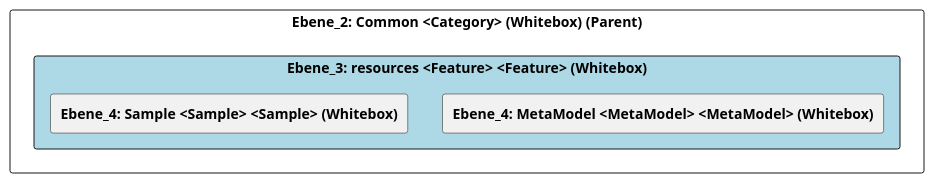
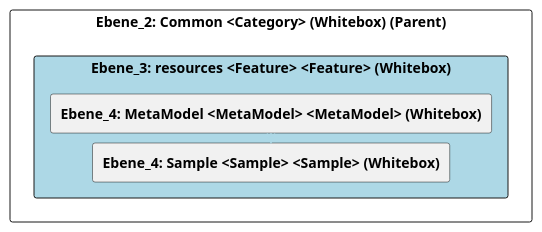
Before and after one commit to marcozwyssig/cleon: the diagram in doc/cleonproject_deliverables_architecture_model_architecture/adoc/de/05_bausteinsicht/cleon/common/resources/ebene_3_resources.adoc, drawn with PlantUML. The commit also changed other lines of this file and 214 other files, not shown here.

```diff
--- a/doc/cleonproject_deliverables_architecture_model_architecture/adoc/de/05_bausteinsicht/cleon/common/resources/ebene_3_resources.adoc
+++ b/doc/cleonproject_deliverables_architecture_model_architecture/adoc/de/05_bausteinsicht/cleon/common/resources/ebene_3_resources.adoc
@@ -20,25 +20,28 @@
 [plantuml, Ebene_3: resources <Feature> <Feature> (Whitebox)BlockOverview, format="svg"]
 ----
 @startuml Ebene_3: resources <Feature> <Feature> (Whitebox)BuildingBlockOverview
 
 skinparam ranksep 10
 skinparam componentStyle rectangle
 skinparam shadowing false
 skinparam arrowColor lightblue
 skinparam arrowThickness 1.2
 skinparam rectangle {
   BackgroundColor White
   BorderColor #333
   RoundCorner 10
 }
 top to bottom direction
 
 component "Ebene_2: Common <Category> (Whitebox) (Parent)" {
     component "Ebene_3: resources <Feature> <Feature> (Whitebox)" #lightblue {
         [**Ebene_4: MetaModel <MetaModel> <MetaModel> (Whitebox)**] as 4A56DE3B_D579_11EE_903E_9F564E4DE07E
         [**Ebene_4: Sample <Sample> <Sample> (Whitebox)**] as 4A570573_D579_11EE_903E_9F564E4DE07E
     }
+
+    4A56DE3B_D579_11EE_903E_9F564E4DE07E -down-> 4A570573_D579_11EE_903E_9F564E4DE07E
+    
 }
 
 @enduml
 ----
```
